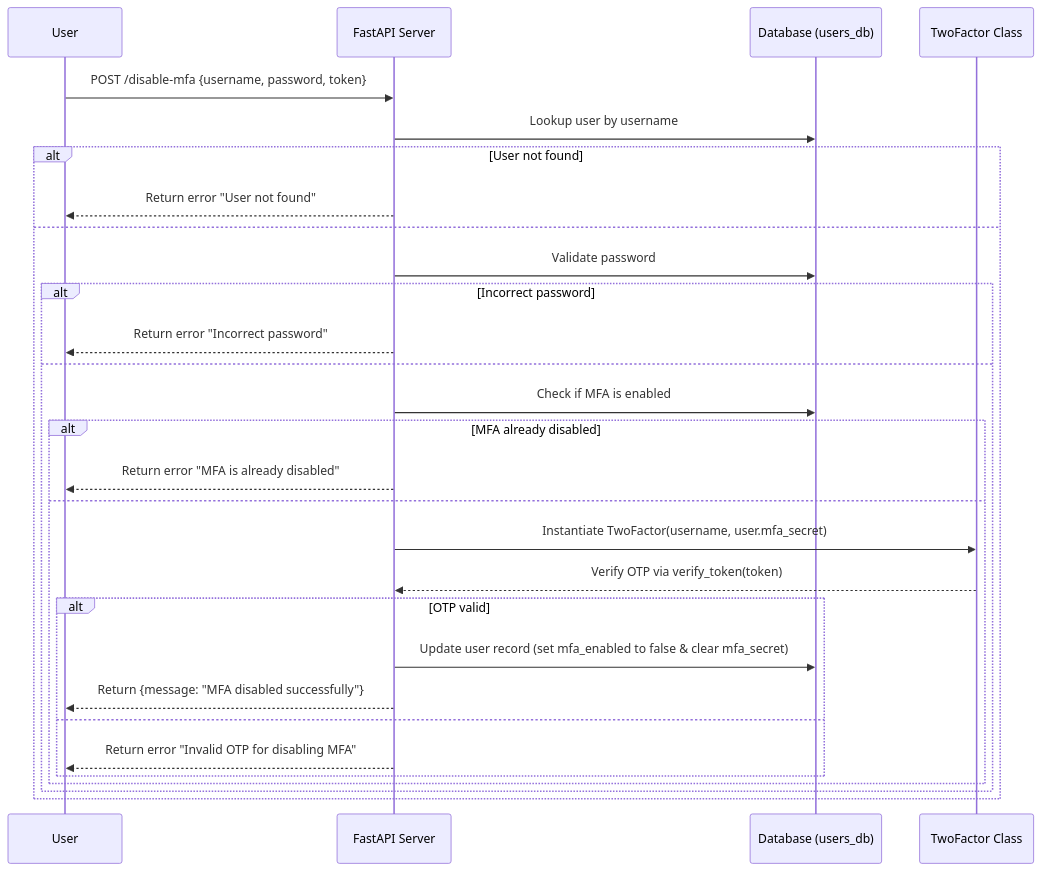
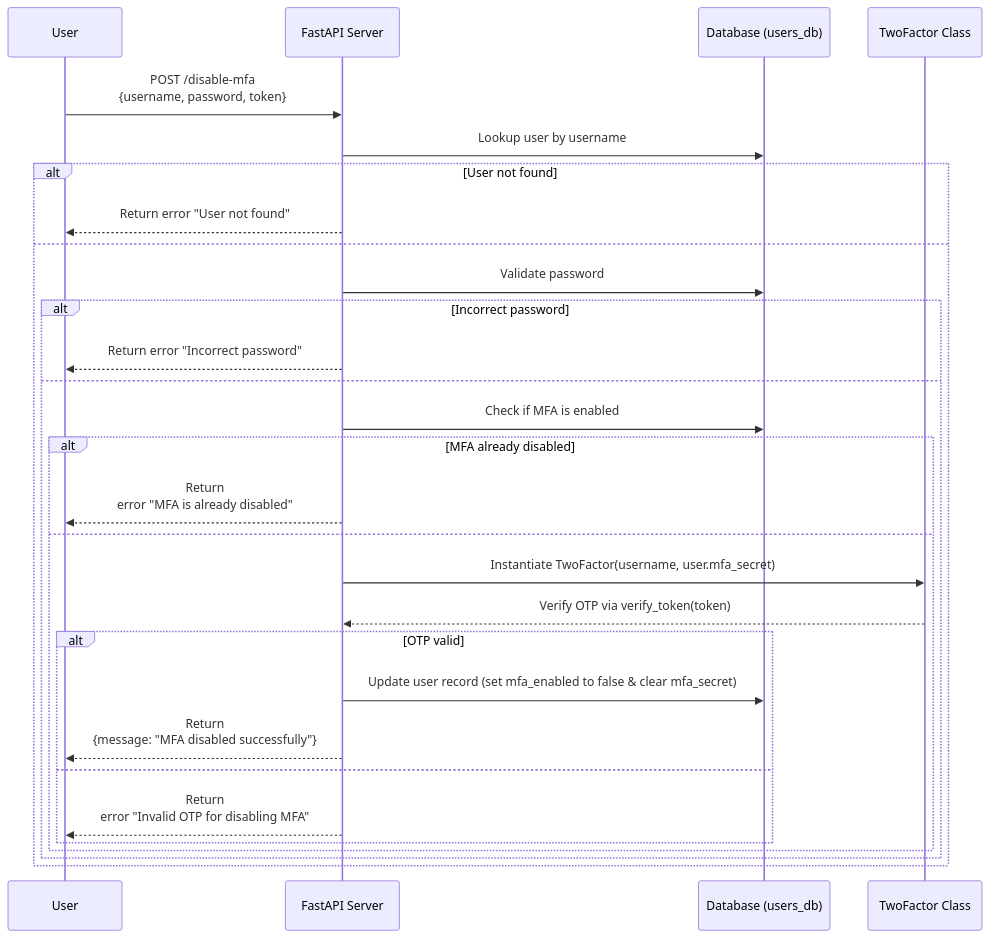
One commit to agfianf/fastapi-2fa-minimal changed the third of 3 diagrams in README.md. Above: the diagram before and after it, drawn with Mermaid. The commit also changed other lines of this file, not shown here.

Commit message:
Update README.md to improve formatting of API request examples

````diff
--- a/README.md
+++ b/README.md
@@ -95,32 +95,32 @@
     ```mermaid
     sequenceDiagram
         participant U as User
         participant S as FastAPI Server
         participant DB as Database (users_db)
         participant T as TwoFactor Class
 
-        U->>S: POST /disable-mfa {username, password, token}
+        U->>S: POST /disable-mfa <br>{username, password, token}
         S->>DB: Lookup user by username
         alt User not found
             S-->>U: Return error "User not found"
         else
             S->>DB: Validate password
             alt Incorrect password
                 S-->>U: Return error "Incorrect password"
             else
                 S->>DB: Check if MFA is enabled
                 alt MFA already disabled
-                    S-->>U: Return error "MFA is already disabled"
+                    S-->>U: Return <br>error "MFA is already disabled"
                 else
                     S->>T: Instantiate TwoFactor(username, user.mfa_secret)
                     T-->>S: Verify OTP via verify_token(token)
                     alt OTP valid
                         S->>DB: Update user record (set mfa_enabled to false & clear mfa_secret)
-                        S-->>U: Return {message: "MFA disabled successfully"}
+                        S-->>U: Return <br>{message: "MFA disabled successfully"}
                     else
-                        S-->>U: Return error "Invalid OTP for disabling MFA"
+                        S-->>U: Return <br>error "Invalid OTP for disabling MFA"
                     end
                 end
             end
         end
     ```
````
